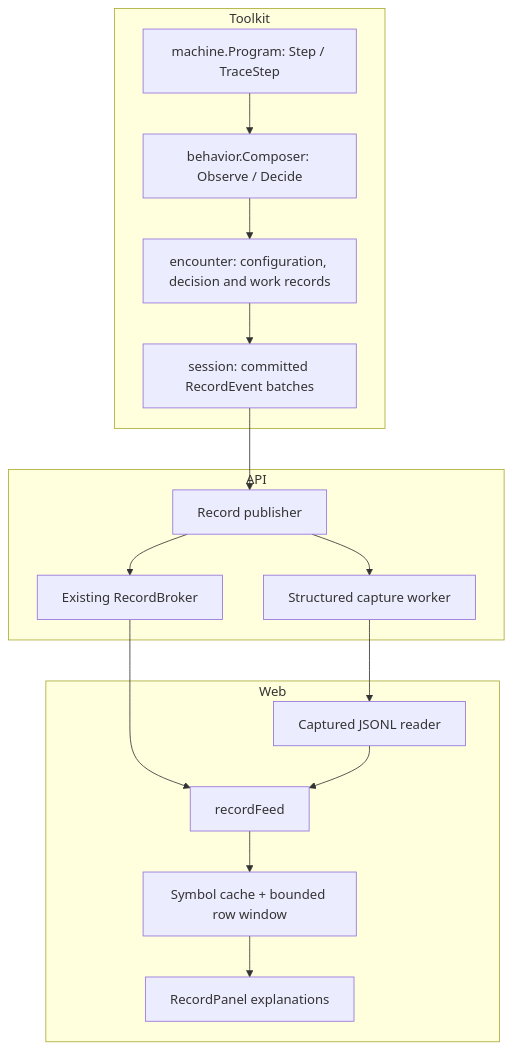
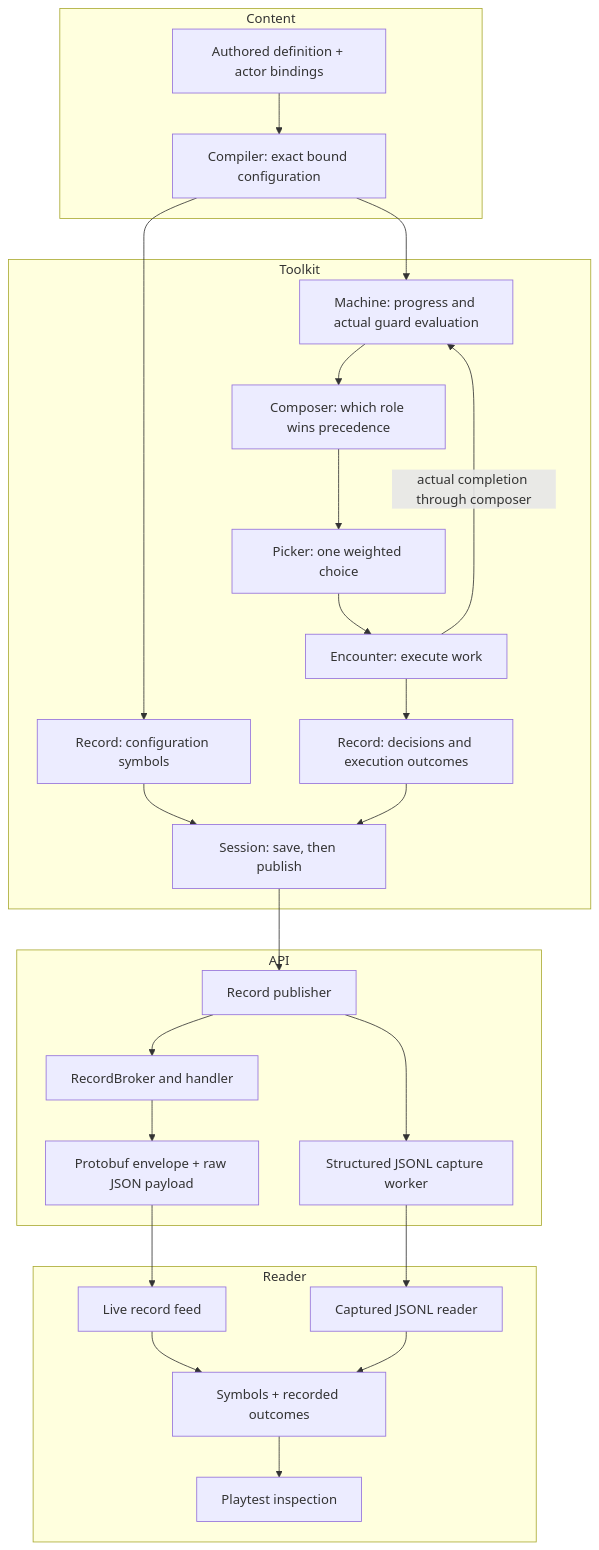
One commit to KirkDiggler/rpg-project changed the diagram in ideas/machine-inspection/README.md. Above: the diagram before and after it, drawn with Mermaid. The commit also changed other lines of this file and 2 other files, not shown here.

First line of the commit message:
docs: explain machine inspection flow and reconcile the reader route

````diff
--- a/ideas/machine-inspection/README.md
+++ b/ideas/machine-inspection/README.md
@@ -7,20 +9,30 @@
 ```mermaid
 flowchart TB
+  subgraph Content
+    A[Authored definition + actor bindings] --> B[Compiler: exact bound configuration]
+  end
   subgraph Toolkit
-    M[machine.Program: Step / TraceStep] --> C[behavior.Composer: Observe / Decide]
-    C --> E[encounter: configuration, decision and work records]
-    E --> S[session: committed RecordEvent batches]
+    B --> M[Machine: progress and actual guard evaluation]
+    M --> C[Composer: which role wins precedence]
+    C --> P[Picker: one weighted choice]
+    P --> E[Encounter: execute work]
+    E -->|actual completion through composer| M
+    B --> D[Record: configuration symbols]
+    E --> D2[Record: decisions and execution outcomes]
+    D --> S[Session: save, then publish]
+    D2 --> S
   end
   subgraph API
     S --> F[Record publisher]
-    F --> B[Existing RecordBroker]
-    F --> L[Structured capture worker]
+    F --> K[RecordBroker and handler]
+    K --> W[Protobuf envelope + raw JSON payload]
+    F --> L[Structured JSONL capture worker]
   end
-  subgraph Web
-    B --> R[recordFeed]
+  subgraph Reader
+    W --> R[Live record feed]
     L --> I[Captured JSONL reader]
-    I --> R
-    R --> Y[Symbol cache + bounded row window]
-    Y --> P[RecordPanel explanations]
+    R --> Y[Symbols + recorded outcomes]
+    I --> Y
+    Y --> V[Playtest inspection]
   end
 ```
````
